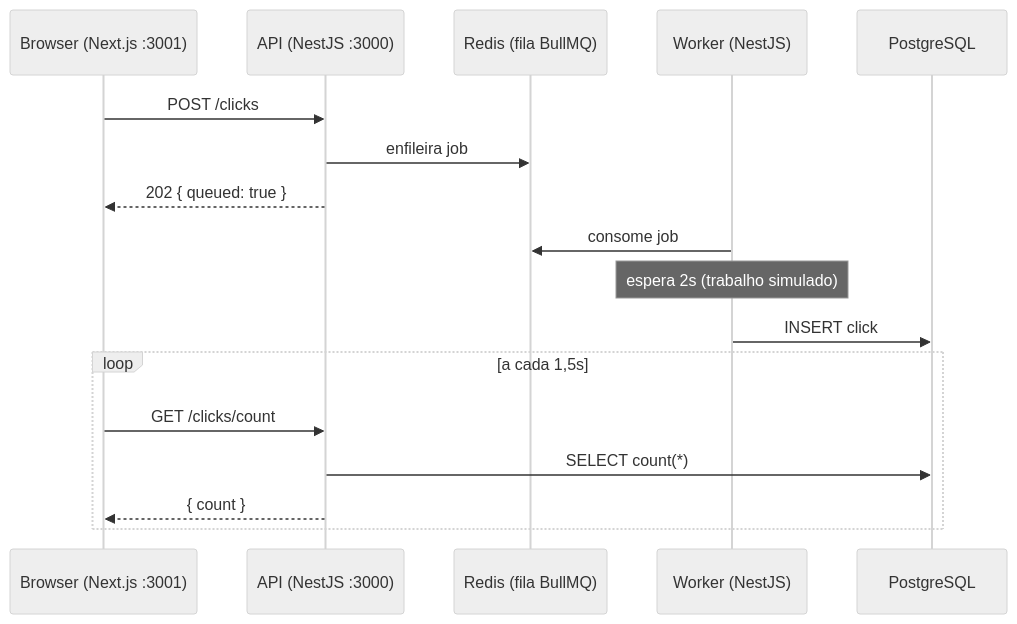
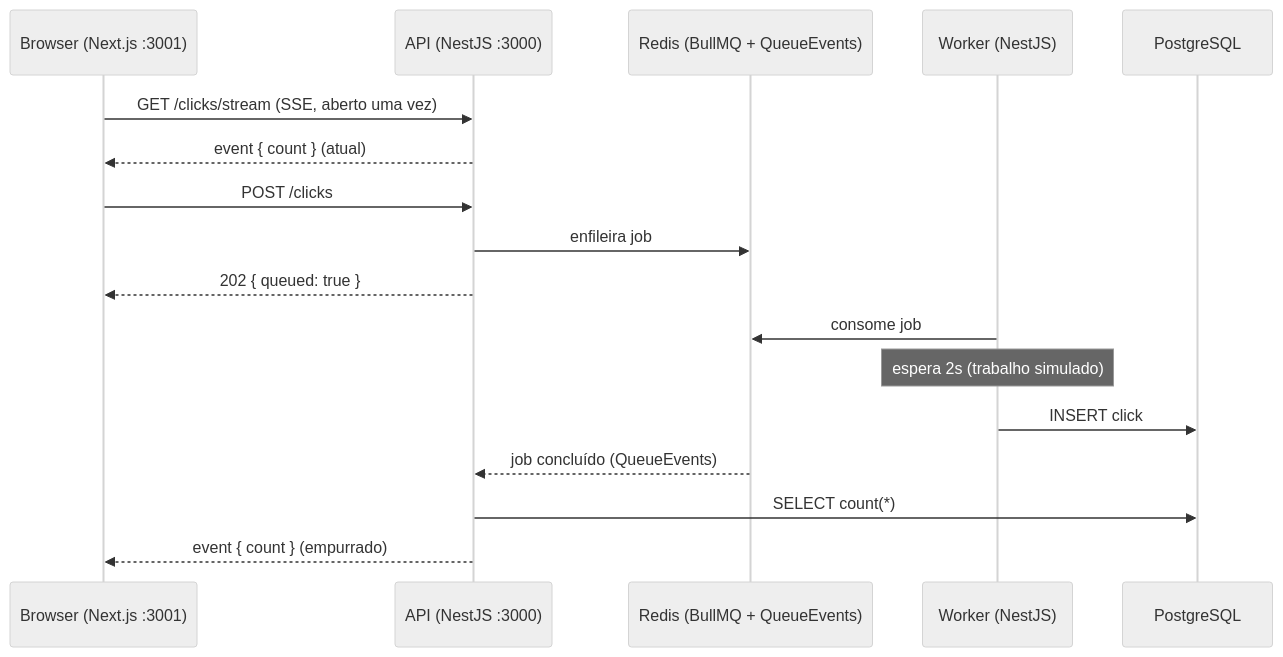
Before and after one commit to LeonardoKuhn/estudosaws: the first of 2 diagrams in README.pt-BR.md, drawn with Mermaid (neutral theme). The commit also changed other lines of this file and 4 other files, not shown here.

````diff
--- a/README.pt-BR.md
+++ b/README.pt-BR.md
@@ -33,20 +35,20 @@
 ```mermaid
 sequenceDiagram
     participant U as Browser (Next.js :3001)
     participant A as API (NestJS :3000)
-    participant Q as Redis (fila BullMQ)
+    participant Q as Redis (BullMQ + QueueEvents)
     participant W as Worker (NestJS)
     participant D as PostgreSQL
 
+    U->>A: GET /clicks/stream (SSE, aberto uma vez)
+    A-->>U: event { count } (atual)
     U->>A: POST /clicks
     A->>Q: enfileira job
     A-->>U: 202 { queued: true }
     W->>Q: consome job
     Note over W: espera 2s (trabalho simulado)
     W->>D: INSERT click
-    loop a cada 1,5s
-        U->>A: GET /clicks/count
-        A->>D: SELECT count(*)
-        A-->>U: { count }
-    end
+    Q-->>A: job concluído (QueueEvents)
+    A->>D: SELECT count(*)
+    A-->>U: event { count } (empurrado)
 ```
````
